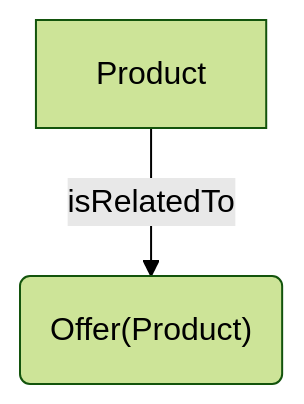
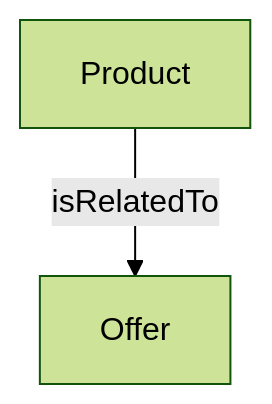
The first of 2 diagrams in docs/schemaArchiv/isRelatedTo.md (contentdesk/docs.contentdesk.io), drawn with Mermaid (forest theme) before and after one commit.

Commit message:
Fix example in isRelatedTo schema documentation; simplify Offer reference

````diff
--- a/docs/schemaArchiv/isRelatedTo.md
+++ b/docs/schemaArchiv/isRelatedTo.md
@@ -15,4 +15,4 @@
 ``` mermaid
 graph TB
-  Product --> |isRelatedTo| Offer("Offer(Product)")
+  Product --> |isRelatedTo| Offer
 ```
````
